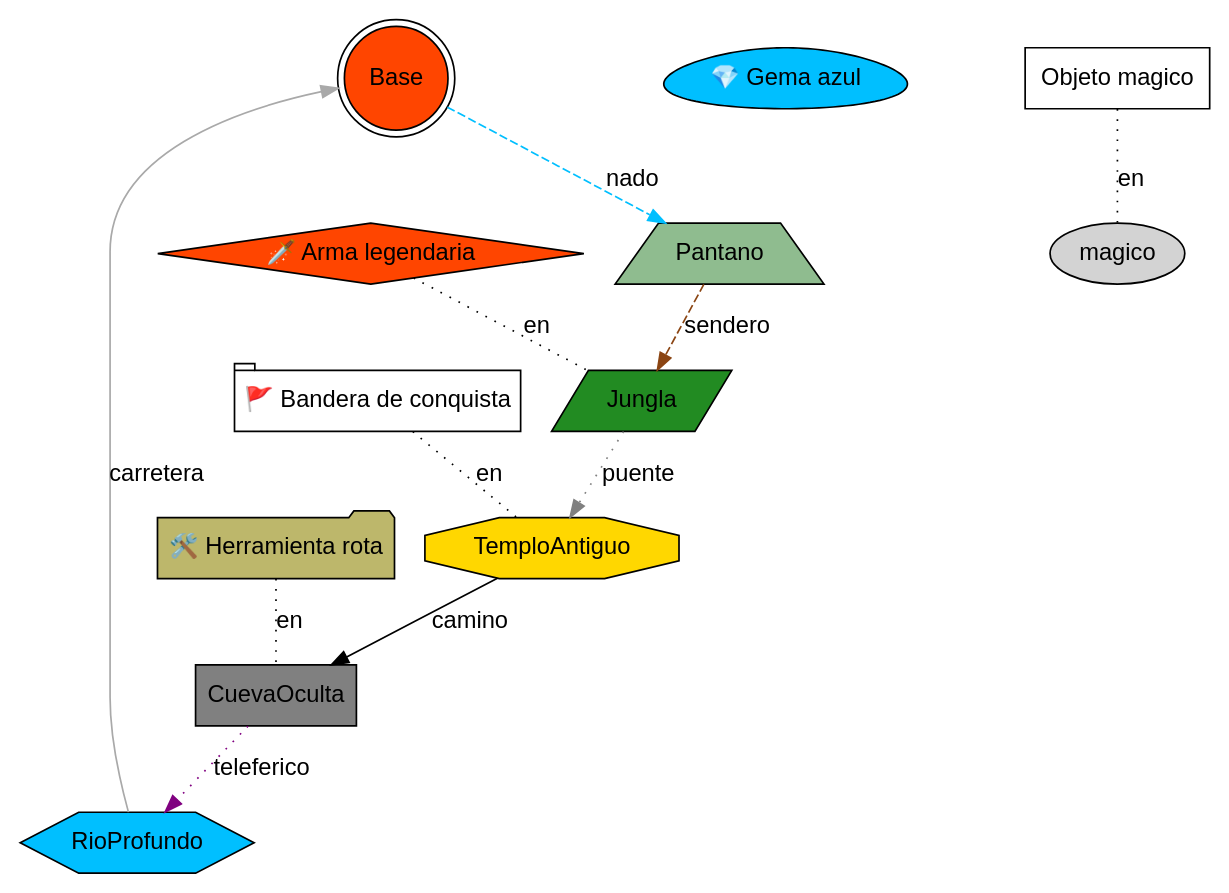
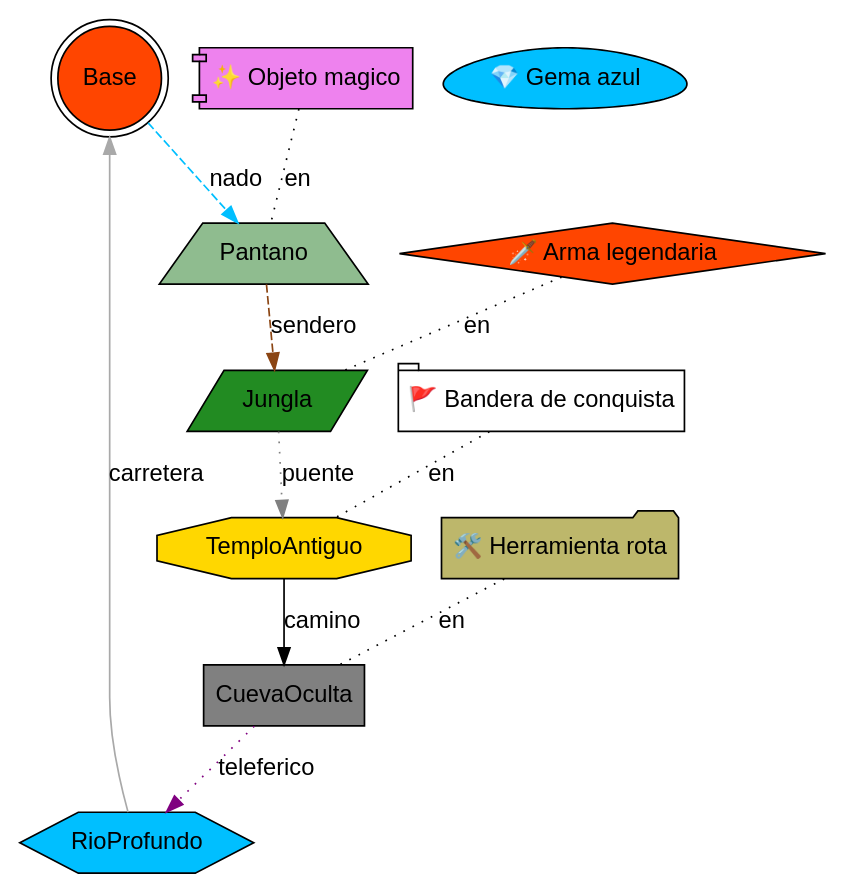
Before and after one commit to JoseArt777/-LFP-202100305-: the diagram in Proyecto2/Proyecto 2V2/Main/temp_Expedicion_Volcanica.dot, drawn with Graphviz. The commit also changed 23 other files, not shown here.

```diff
--- a/Proyecto2/Proyecto 2V2/Main/temp_Expedicion_Volcanica.dot
+++ b/Proyecto2/Proyecto 2V2/Main/temp_Expedicion_Volcanica.dot
@@ -1,35 +1,35 @@
 digraph "Expedicion Volcanica" {
   // Configuración general
   graph [fontname="Arial", rankdir=TB, overlap=false, splines=true];
   node [fontname="Arial", style=filled];
   edge [fontname="Arial"];
 
   // Lugares
   "Base" [shape=doublecircle, fillcolor="orangered", label="Base", pos="0,0!"];
   "Pantano" [shape=trapezium, fillcolor="darkseagreen", label="Pantano", pos="1,2!"];
   "Jungla" [shape=parallelogram, fillcolor="forestgreen", label="Jungla", pos="2,4!"];
   "TemploAntiguo" [shape=octagon, fillcolor="gold", label="TemploAntiguo", pos="4,3!"];
   "RioProfundo" [shape=hexagon, fillcolor="deepskyblue", label="RioProfundo", pos="3,1!"];
   "CuevaOculta" [shape=box, fillcolor="gray", label="CuevaOculta", pos="5,0!"];
 
   // Objetos en coordenadas específicas
   "obj_Gema_azul" [shape=egg, fillcolor="deepskyblue", label="💎 Gema azul", pos="4,2!"];
 
   // Objetos en lugares
   "obj_Arma_legendaria" [shape=diamond, fillcolor="orangered", label="🗡️ Arma legendaria"];
   "obj_Arma_legendaria" -> "Jungla" [label="en", dir=none, style=dotted];
   "obj_Bandera_de_conquista" [shape=tab, fillcolor="white", label="🚩 Bandera de conquista"];
   "obj_Bandera_de_conquista" -> "TemploAntiguo" [label="en", dir=none, style=dotted];
-  "obj_Objeto_magico" [shape=box, fillcolor="white", label=" Objeto magico"];
-  "obj_Objeto_magico" -> "magico" [label="en", dir=none, style=dotted];
+  "obj_Objeto_magico" [shape=component, fillcolor="violet", label="✨ Objeto magico"];
+  "obj_Objeto_magico" -> "Pantano" [label="en", dir=none, style=dotted];
   "obj_Herramienta_rota" [shape=folder, fillcolor="darkkhaki", label="🛠️ Herramienta rota"];
   "obj_Herramienta_rota" -> "CuevaOculta" [label="en", dir=none, style=dotted];
 
   // Conexiones entre lugares
   "Base" -> "Pantano" [label="nado", color="deepskyblue", style=dashed];
   "Pantano" -> "Jungla" [label="sendero", color="saddlebrown", style=dashed];
   "Jungla" -> "TemploAntiguo" [label="puente", color="gray", style=dotted];
   "TemploAntiguo" -> "CuevaOculta" [label="camino", color="black", style=solid];
   "RioProfundo" -> "Base" [label="carretera", color="darkgray", style=solid];
   "CuevaOculta" -> "RioProfundo" [label="teleferico", color="purple", style=dotted];
 }
```
